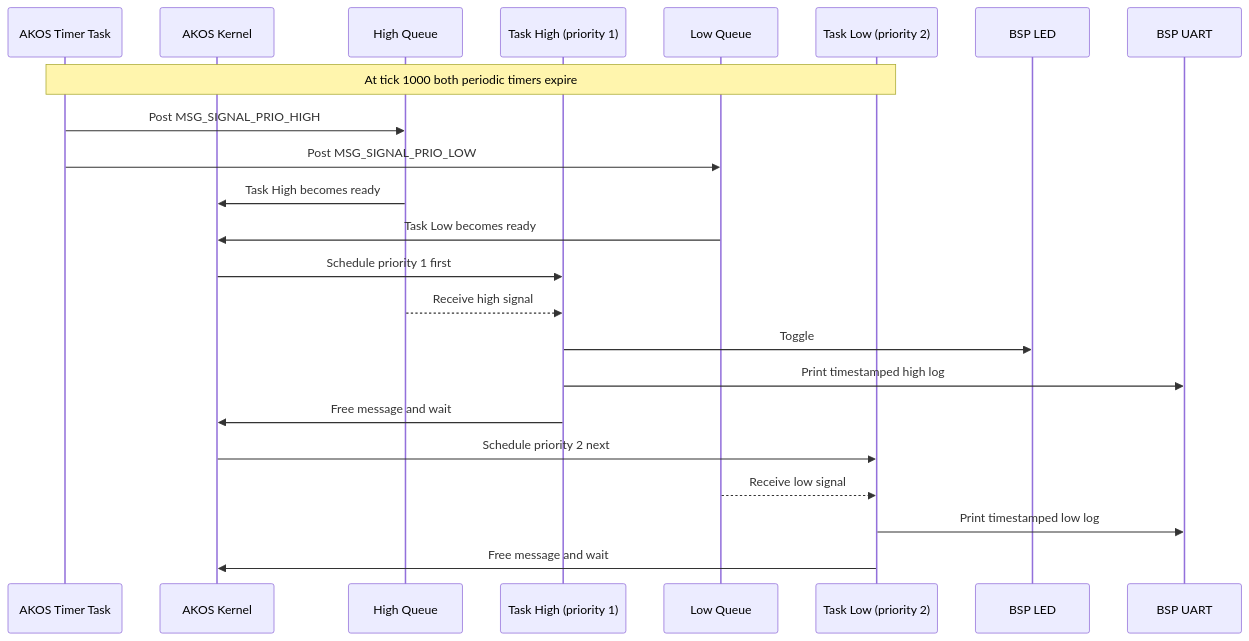
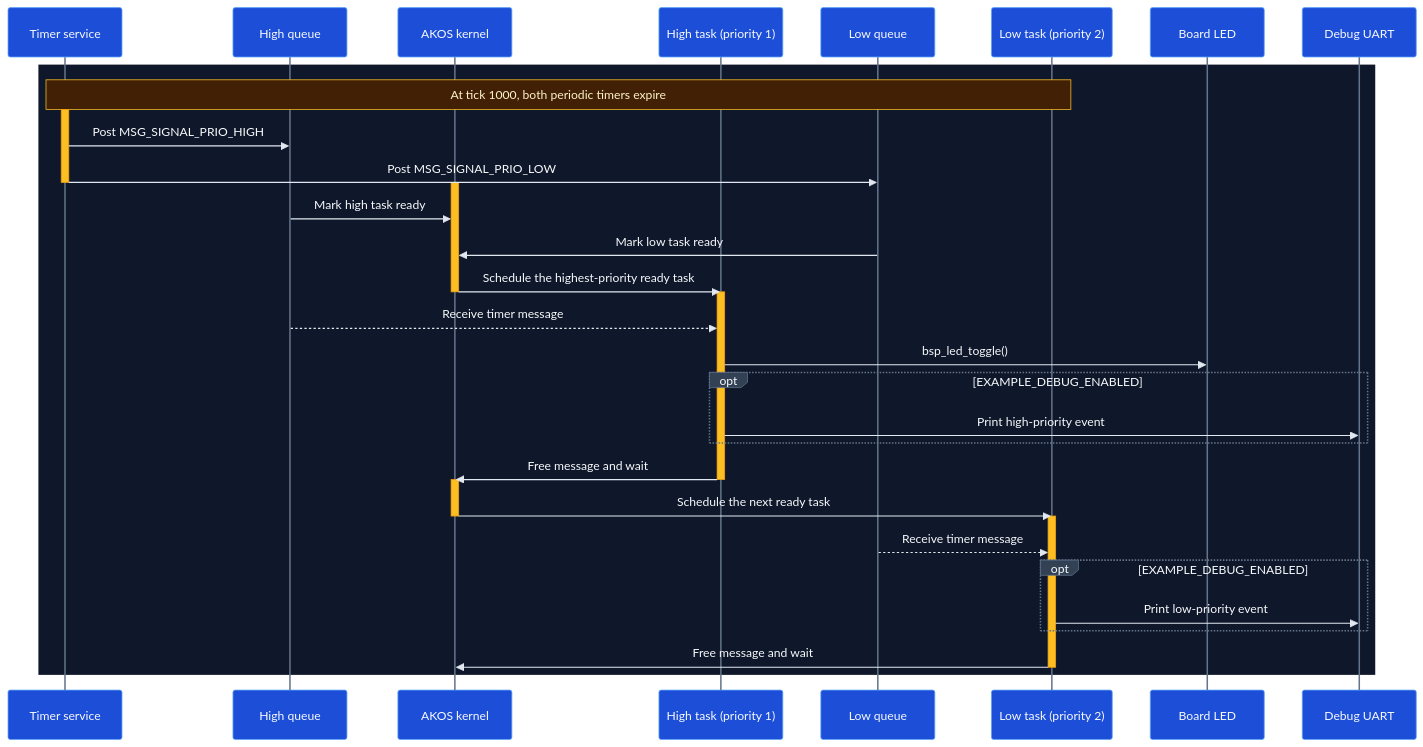
Before and after one commit to the-ak-foundation/akos: the diagram in examples/priority/README.md, drawn with Mermaid. The commit also changed other lines of this file and 7 other files, not shown here.

````diff
--- a/examples/priority/README.md
+++ b/examples/priority/README.md
@@ -13,28 +7,73 @@
 ```mermaid
+---
+config:
+  theme: base
+  themeVariables:
+    background: "#0f172a"
+    primaryColor: "#1d4ed8"
+    primaryTextColor: "#f8fafc"
+    primaryBorderColor: "#60a5fa"
+    lineColor: "#94a3b8"
+    secondaryColor: "#334155"
+    tertiaryColor: "#1e293b"
+    actorBkg: "#1d4ed8"
+    actorBorder: "#60a5fa"
+    actorTextColor: "#f8fafc"
+    actorLineColor: "#64748b"
+    signalColor: "#e2e8f0"
+    signalTextColor: "#f8fafc"
+    labelBoxBkgColor: "#334155"
+    labelBoxBorderColor: "#64748b"
+    labelTextColor: "#f8fafc"
+    loopTextColor: "#f8fafc"
+    noteBkgColor: "#422006"
+    noteBorderColor: "#fbbf24"
+    noteTextColor: "#fef3c7"
+    activationBkgColor: "#fbbf24"
+    activationBorderColor: "#f59e0b"
+---
 sequenceDiagram
-    participant Timer as AKOS Timer Task
-    participant Kernel as AKOS Kernel
-    participant HighQueue as High Queue
-    participant High as Task High (priority 1)
-    participant LowQueue as Low Queue
-    participant Low as Task Low (priority 2)
-    participant LED as BSP LED
-    participant UART as BSP UART
+    participant Timer as Timer service
+    participant HQ as High queue
+    participant Kernel as AKOS kernel
+    participant High as High task (priority 1)
+    participant LQ as Low queue
+    participant Low as Low task (priority 2)
+    participant LED as Board LED
+    participant UART as Debug UART
 
-    Note over Timer,Low: At tick 1000 both periodic timers expire
-    Timer->>HighQueue: Post MSG_SIGNAL_PRIO_HIGH
-    Timer->>LowQueue: Post MSG_SIGNAL_PRIO_LOW
-    HighQueue->>Kernel: Task High becomes ready
-    LowQueue->>Kernel: Task Low becomes ready
+    rect rgb(15, 23, 42)
+        Note over Timer,Low: At tick 1000, both periodic timers expire
+        activate Timer
+        Timer->>HQ: Post MSG_SIGNAL_PRIO_HIGH
+        Timer->>LQ: Post MSG_SIGNAL_PRIO_LOW
+        deactivate Timer
 
-    Kernel->>High: Schedule priority 1 first
-    HighQueue-->>High: Receive high signal
-    High->>LED: Toggle
-    High->>UART: Print timestamped high log
-    High->>Kernel: Free message and wait
+        activate Kernel
+        HQ->>Kernel: Mark high task ready
+        LQ->>Kernel: Mark low task ready
+        Kernel->>High: Schedule the highest-priority ready task
+        deactivate Kernel
 
-    Kernel->>Low: Schedule priority 2 next
-    LowQueue-->>Low: Receive low signal
-    Low->>UART: Print timestamped low log
-    Low->>Kernel: Free message and wait
+        activate High
+        HQ-->>High: Receive timer message
+        High->>LED: bsp_led_toggle()
+        opt EXAMPLE_DEBUG_ENABLED
+            High->>UART: Print high-priority event
+        end
+        High->>Kernel: Free message and wait
+        deactivate High
+
+        activate Kernel
+        Kernel->>Low: Schedule the next ready task
+        deactivate Kernel
+
+        activate Low
+        LQ-->>Low: Receive timer message
+        opt EXAMPLE_DEBUG_ENABLED
+            Low->>UART: Print low-priority event
+        end
+        Low->>Kernel: Free message and wait
+        deactivate Low
+    end
 ```
````
